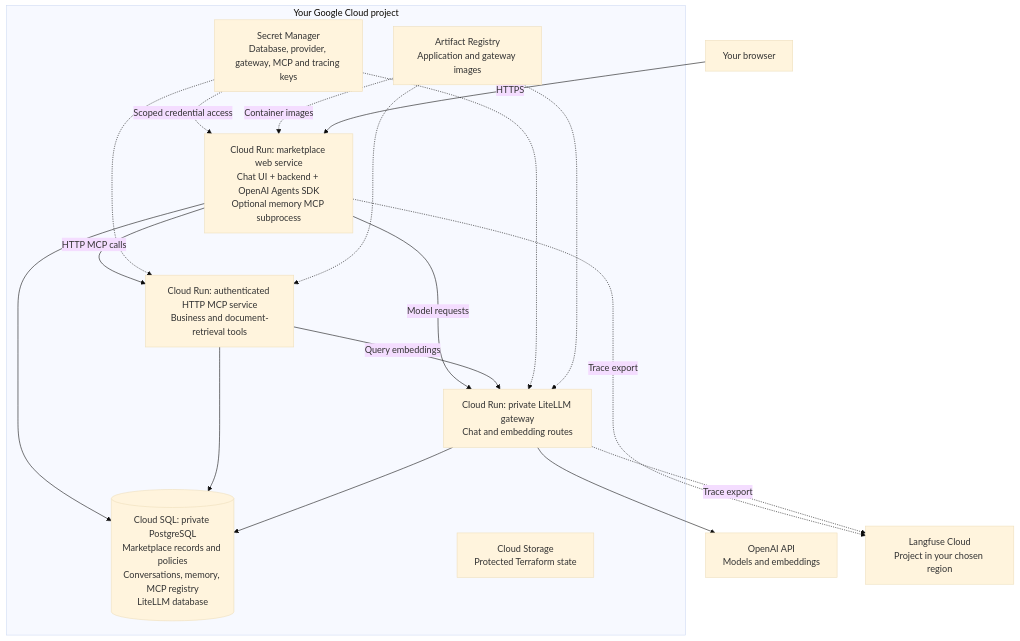
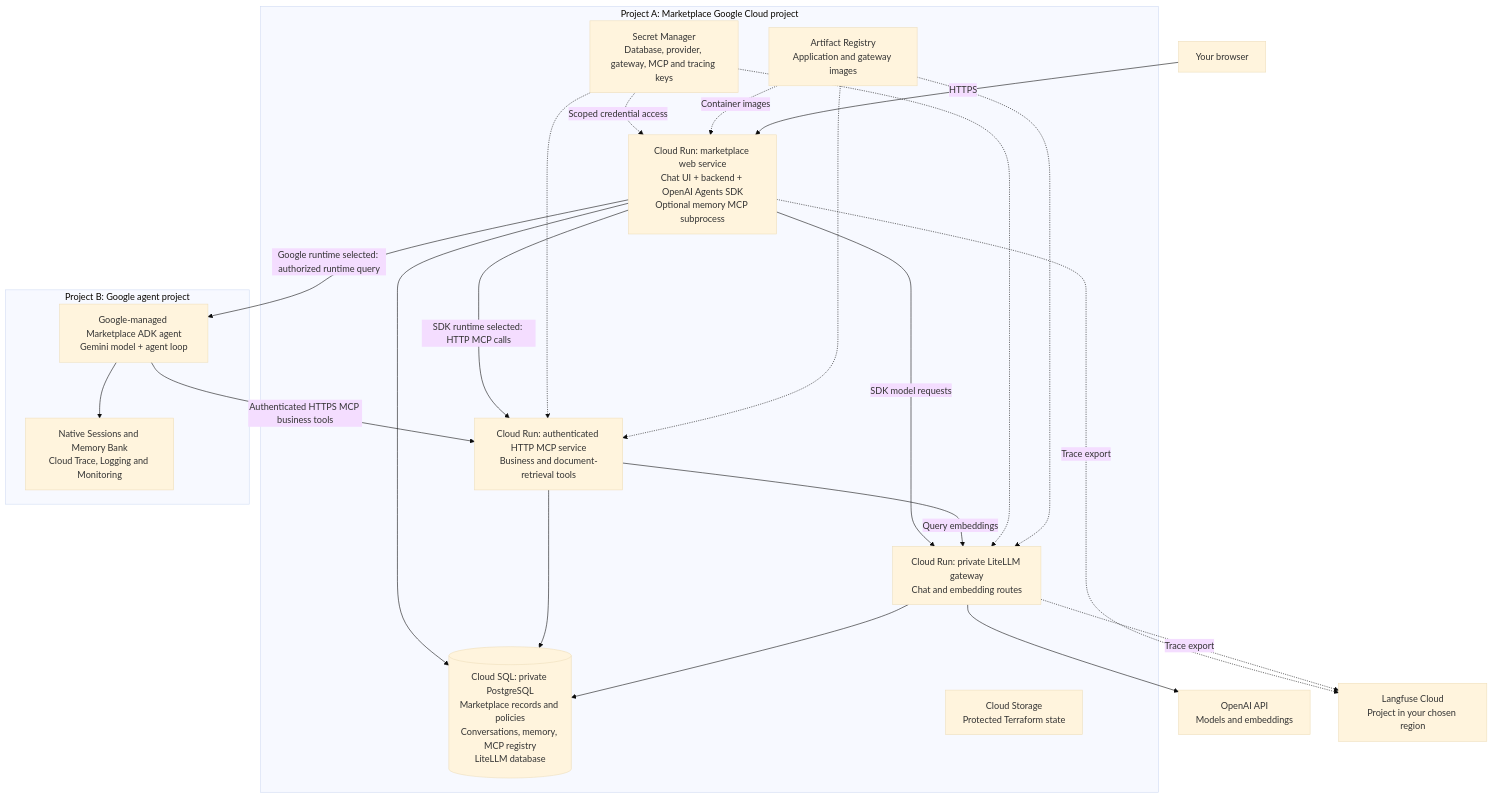
The diagram in app/CLOUD-SETUP.md (smakam/agentic-systems), drawn with Mermaid (base theme) before and after one commit. The commit also changed other lines of this file and 16 other files, not shown here.

Commit message:
Consolidate two-project cloud setup and retire duplicate guides

````diff
--- a/app/CLOUD-SETUP.md
+++ b/app/CLOUD-SETUP.md
@@ -11,29 +23,36 @@
 ```mermaid
 flowchart TB
     browser["Your browser"]
-    subgraph google["Your Google Cloud project"]
+    subgraph google["Project A: Marketplace Google Cloud project"]
         web["Cloud Run: marketplace web service<br/>Chat UI + backend + OpenAI Agents SDK<br/>Optional memory MCP subprocess"]
         mcp["Cloud Run: authenticated HTTP MCP service<br/>Business and document-retrieval tools"]
         gateway["Cloud Run: private LiteLLM gateway<br/>Chat and embedding routes"]
         sql[("Cloud SQL: private PostgreSQL<br/>Marketplace records and policies<br/>Conversations, memory, MCP registry<br/>LiteLLM database")]
         secrets["Secret Manager<br/>Database, provider, gateway, MCP and tracing keys"]
         registry["Artifact Registry<br/>Application and gateway images"]
         state["Cloud Storage<br/>Protected Terraform state"]
-        web -->|"HTTP MCP calls"| mcp
-        web -->|"Model requests"| gateway
+        web -->|"SDK runtime selected: HTTP MCP calls"| mcp
+        web -->|"SDK model requests"| gateway
         mcp -->|"Query embeddings"| gateway
         web --> sql
         mcp --> sql
         gateway --> sql
         secrets -. "Scoped credential access" .-> web
         secrets -.-> mcp
         secrets -.-> gateway
         registry -. "Container images" .-> web
         registry -.-> mcp
         registry -.-> gateway
     end
+    subgraph agent_project["Project B: Google agent project"]
+        adk["Google-managed Marketplace ADK agent<br/>Gemini model + agent loop"]
+        native["Native Sessions and Memory Bank<br/>Cloud Trace, Logging and Monitoring"]
+        adk --> native
+    end
+    web -->|"Google runtime selected: authorized runtime query"| adk
+    adk -->|"Authenticated HTTPS MCP business tools"| mcp
     browser -->|"HTTPS"| web
     gateway --> openai["OpenAI API<br/>Models and embeddings"]
     web -. "Trace export" .-> lf["Langfuse Cloud<br/>Project in your chosen region"]
     gateway -. "Trace export" .-> lf
 ```
````
